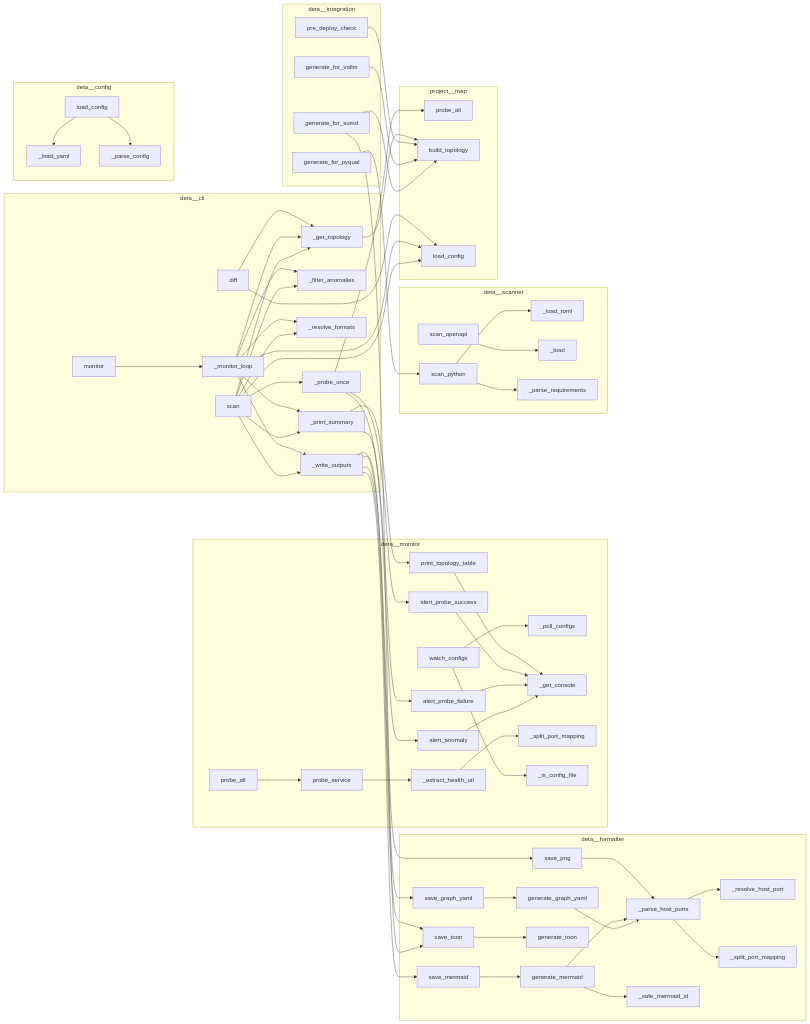
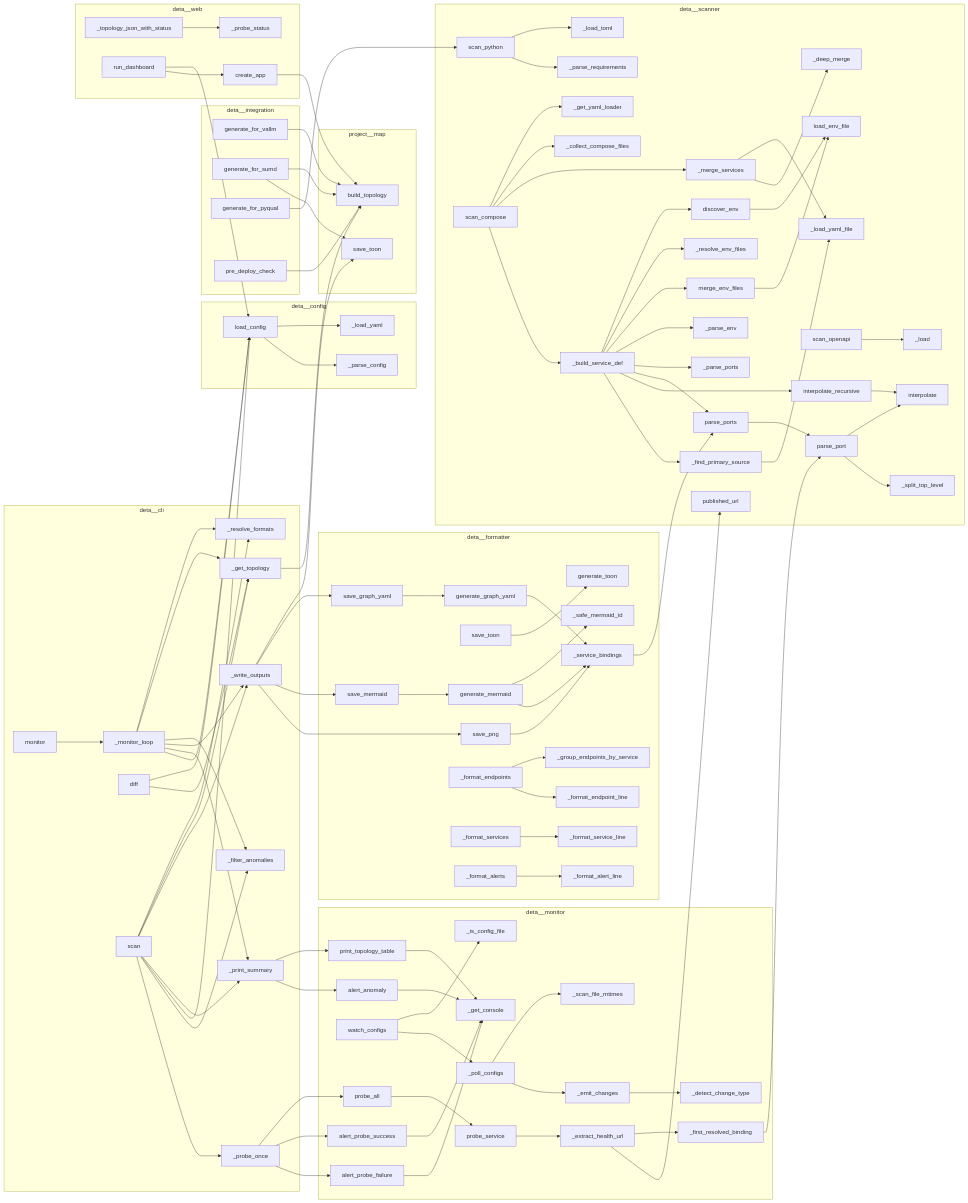
The diagram in project/calls.mmd (semcod/deta), drawn with Mermaid before and after one commit. The commit also changed 32 other files, not shown here.

```diff
--- a/project/calls.mmd
+++ b/project/calls.mmd
@@ -1,96 +1,108 @@
 flowchart LR
     subgraph deta__cli
-        deta__cli__scan["scan"]
+        deta__cli___get_topology["_get_topology"]
+        deta__cli__monitor["monitor"]
+        deta__cli___resolve_formats["_resolve_formats"]
+        deta__cli___filter_anomalies["_filter_anomalies"]
+        deta__cli___print_summary["_print_summary"]
         deta__cli___monitor_loop["_monitor_loop"]
-        deta__cli___get_topology["_get_topology"]
-        deta__cli___filter_anomalies["_filter_anomalies"]
-        deta__cli___write_outputs["_write_outputs"]
-        deta__cli___resolve_formats["_resolve_formats"]
-        deta__cli___print_summary["_print_summary"]
-        deta__cli__monitor["monitor"]
         deta__cli___probe_once["_probe_once"]
         deta__cli__diff["diff"]
+        deta__cli___write_outputs["_write_outputs"]
+        deta__cli__scan["scan"]
     end
     subgraph deta__config
-        deta__config___load_yaml["_load_yaml"]
         deta__config___parse_config["_parse_config"]
         deta__config__load_config["load_config"]
+        deta__config___load_yaml["_load_yaml"]
     end
     subgraph deta__formatter
-        deta__formatter__graph___parse_host_ports["_parse_host_ports"]
-        deta__formatter__graph___resolve_host_port["_resolve_host_port"]
+        deta__formatter__graph__generate_graph_yaml["generate_graph_yaml"]
+        deta__formatter__graph___safe_mermaid_id["_safe_mermaid_id"]
+        deta__formatter__toon__save_toon["save_toon"]
+        deta__formatter__graph__generate_mermaid["generate_mermaid"]
+        deta__formatter__graph__save_png["save_png"]
         deta__formatter__graph__save_mermaid["save_mermaid"]
-        deta__formatter__graph___safe_mermaid_id["_safe_mermaid_id"]
-        deta__formatter__graph__generate_mermaid["generate_mermaid"]
-        deta__formatter__toon__save_toon["save_toon"]
-        deta__formatter__graph__save_png["save_png"]
         deta__formatter__toon__generate_toon["generate_toon"]
-        deta__formatter__graph__generate_graph_yaml["generate_graph_yaml"]
-        deta__formatter__graph___split_port_mapping["_split_port_mapping"]
+        deta__formatter__graph___service_bindings["_service_bindings"]
+        deta__formatter__toon___group_endpoints_by_service["_group_endpoints_by_service"]
+        deta__formatter__toon___format_alert_line["_format_alert_line"]
+        deta__formatter__toon___format_endpoints["_format_endpoints"]
+        deta__formatter__toon___format_services["_format_services"]
+        deta__formatter__toon___format_service_line["_format_service_line"]
+        deta__formatter__toon___format_alerts["_format_alerts"]
         deta__formatter__graph__save_graph_yaml["save_graph_yaml"]
+        deta__formatter__toon___format_endpoint_line["_format_endpoint_line"]
     end
     subgraph deta__integration
+        deta__integration__semcod__generate_for_vallm["generate_for_vallm"]
+        deta__integration__semcod__generate_for_sumd["generate_for_sumd"]
         deta__integration__semcod__generate_for_pyqual["generate_for_pyqual"]
         deta__integration__semcod__pre_deploy_check["pre_deploy_check"]
-        deta__integration__semcod__generate_for_vallm["generate_for_vallm"]
-        deta__integration__semcod__generate_for_sumd["generate_for_sumd"]
     end
     subgraph deta__monitor
+        deta__monitor__alerter___get_console["_get_console"]
+        deta__monitor__alerter__alert_anomaly["alert_anomaly"]
+        deta__monitor__prober__probe_all["probe_all"]
+        deta__monitor__watcher__watch_configs["watch_configs"]
+        deta__monitor__prober___first_resolved_binding["_first_resolved_binding"]
         deta__monitor__prober___extract_health_url["_extract_health_url"]
-        deta__monitor__prober__probe_all["probe_all"]
+        deta__monitor__alerter__alert_probe_failure["alert_probe_failure"]
+        deta__monitor__watcher___emit_changes["_emit_changes"]
+        deta__monitor__watcher___is_config_file["_is_config_file"]
+        deta__monitor__alerter__alert_probe_success["alert_probe_success"]
+        deta__monitor__prober__probe_service["probe_service"]
+        deta__monitor__watcher___scan_file_mtimes["_scan_file_mtimes"]
         deta__monitor__watcher___poll_configs["_poll_configs"]
-        deta__monitor__alerter___get_console["_get_console"]
+        deta__monitor__watcher___detect_change_type["_detect_change_type"]
         deta__monitor__alerter__print_topology_table["print_topology_table"]
-        deta__monitor__prober___split_port_mapping["_split_port_mapping"]
-        deta__monitor__alerter__alert_anomaly["alert_anomaly"]
-        deta__monitor__alerter__alert_probe_failure["alert_probe_failure"]
-        deta__monitor__alerter__alert_probe_success["alert_probe_success"]
-        deta__monitor__watcher__watch_configs["watch_configs"]
-        deta__monitor__watcher___is_config_file["_is_config_file"]
-        deta__monitor__prober__probe_service["probe_service"]
     end
     subgraph deta__scanner
+        deta__scanner__ports__parse_port["parse_port"]
         deta__scanner__python___load_toml["_load_toml"]
+        deta__scanner__env__merge_env_files["merge_env_files"]
+        deta__scanner__ports___split_top_level["_split_top_level"]
         deta__scanner__openapi___load["_load"]
+        deta__scanner__compose___parse_env["_parse_env"]
+        deta__scanner__compose___get_yaml_loader["_get_yaml_loader"]
+        deta__scanner__compose___collect_compose_files["_collect_compose_files"]
+        deta__scanner__compose___build_service_def["_build_service_def"]
+        deta__scanner__ports__parse_ports["parse_ports"]
         deta__scanner__python__scan_python["scan_python"]
+        deta__scanner__compose___deep_merge["_deep_merge"]
+        deta__scanner__env__interpolate["interpolate"]
+        deta__scanner__ports__published_url["published_url"]
+        deta__scanner__env__load_env_file["load_env_file"]
+        deta__scanner__compose___merge_services["_merge_services"]
+        deta__scanner__compose___resolve_env_files["_resolve_env_files"]
+        deta__scanner__openapi__scan_openapi["scan_openapi"]
+        deta__scanner__compose___load_yaml_file["_load_yaml_file"]
+        deta__scanner__compose___find_primary_source["_find_primary_source"]
+        deta__scanner__compose__scan_compose["scan_compose"]
+        deta__scanner__compose___parse_ports["_parse_ports"]
+        deta__scanner__env__interpolate_recursive["interpolate_recursive"]
+        deta__scanner__env__discover_env["discover_env"]
         deta__scanner__python___parse_requirements["_parse_requirements"]
-        deta__scanner__openapi__scan_openapi["scan_openapi"]
+    end
+    subgraph deta__web
+        deta__web__app___probe_status["_probe_status"]
+        deta__web__app__create_app["create_app"]
+        deta__web__app___topology_json_with_status["_topology_json_with_status"]
+        deta__web__app__run_dashboard["run_dashboard"]
     end
     subgraph project__map
-        project__map__toon__probe_all["probe_all"]
+        project__map__toon__save_toon["save_toon"]
         project__map__toon__build_topology["build_topology"]
-        project__map__toon__load_config["load_config"]
     end
-    deta__monitor__alerter__alert_anomaly --> deta__monitor__alerter___get_console
-    deta__monitor__alerter__alert_probe_failure --> deta__monitor__alerter___get_console
-    deta__monitor__alerter__alert_probe_success --> deta__monitor__alerter___get_console
-    deta__monitor__alerter__print_topology_table --> deta__monitor__alerter___get_console
-    deta__scanner__python__scan_python --> deta__scanner__python___load_toml
-    deta__scanner__python__scan_python --> deta__scanner__python___parse_requirements
-    deta__scanner__openapi__scan_openapi --> deta__scanner__openapi___load
-    deta__integration__semcod__generate_for_sumd --> project__map__toon__build_topology
-    deta__integration__semcod__generate_for_sumd --> deta__formatter__toon__save_toon
-    deta__integration__semcod__generate_for_pyqual --> deta__scanner__python__scan_python
-    deta__integration__semcod__generate_for_vallm --> project__map__toon__build_topology
-    deta__integration__semcod__pre_deploy_check --> project__map__toon__build_topology
-    deta__formatter__toon__save_toon --> deta__formatter__toon__generate_toon
-    deta__monitor__watcher__watch_configs --> deta__monitor__watcher___is_config_file
-    deta__monitor__watcher__watch_configs --> deta__monitor__watcher___poll_configs
-    deta__formatter__graph___parse_host_ports --> deta__formatter__graph___split_port_mapping
-    deta__formatter__graph___parse_host_ports --> deta__formatter__graph___resolve_host_port
-    deta__formatter__graph__generate_graph_yaml --> deta__formatter__graph___parse_host_ports
-    deta__formatter__graph__save_graph_yaml --> deta__formatter__graph__generate_graph_yaml
-    deta__formatter__graph__generate_mermaid --> deta__formatter__graph___safe_mermaid_id
-    deta__formatter__graph__generate_mermaid --> deta__formatter__graph___parse_host_ports
-    deta__formatter__graph__save_mermaid --> deta__formatter__graph__generate_mermaid
-    deta__formatter__graph__save_png --> deta__formatter__graph___parse_host_ports
+    deta__config__load_config --> deta__config___load_yaml
+    deta__config__load_config --> deta__config___parse_config
     deta__cli___get_topology --> project__map__toon__build_topology
     deta__cli___print_summary --> deta__monitor__alerter__print_topology_table
     deta__cli___print_summary --> deta__monitor__alerter__alert_anomaly
-    deta__cli___probe_once --> project__map__toon__probe_all
+    deta__cli___probe_once --> deta__monitor__prober__probe_all
     deta__cli___probe_once --> deta__monitor__alerter__alert_probe_success
     deta__cli___probe_once --> deta__monitor__alerter__alert_probe_failure
-    deta__cli___write_outputs --> deta__formatter__toon__save_toon
+    deta__cli___write_outputs --> project__map__toon__save_toon
     deta__cli___write_outputs --> deta__formatter__graph__save_graph_yaml
     deta__cli___write_outputs --> deta__formatter__graph__save_mermaid
     deta__cli___write_outputs --> deta__formatter__graph__save_png
@@ -98,7 +110,7 @@
     deta__cli__scan --> deta__cli___get_topology
     deta__cli__scan --> deta__cli___write_outputs
     deta__cli__scan --> deta__cli___print_summary
-    deta__cli__scan --> project__map__toon__load_config
+    deta__cli__scan --> deta__config__load_config
     deta__cli__scan --> deta__cli___filter_anomalies
     deta__cli__scan --> deta__cli___probe_once
     deta__cli__monitor --> deta__cli___monitor_loop
@@ -107,11 +119,65 @@
     deta__cli___monitor_loop --> deta__cli___filter_anomalies
     deta__cli___monitor_loop --> deta__cli___write_outputs
     deta__cli___monitor_loop --> deta__cli___print_summary
-    deta__cli___monitor_loop --> project__map__toon__load_config
-    deta__cli__diff --> project__map__toon__load_config
+    deta__cli___monitor_loop --> deta__config__load_config
+    deta__cli__diff --> deta__config__load_config
     deta__cli__diff --> deta__cli___get_topology
-    deta__config__load_config --> deta__config___load_yaml
-    deta__config__load_config --> deta__config___parse_config
-    deta__monitor__prober___extract_health_url --> deta__monitor__prober___split_port_mapping
+    deta__web__app___topology_json_with_status --> deta__web__app___probe_status
+    deta__web__app__create_app --> project__map__toon__build_topology
+    deta__web__app__run_dashboard --> deta__config__load_config
+    deta__web__app__run_dashboard --> deta__web__app__create_app
+    deta__monitor__alerter__alert_anomaly --> deta__monitor__alerter___get_console
+    deta__monitor__alerter__alert_probe_failure --> deta__monitor__alerter___get_console
+    deta__monitor__alerter__alert_probe_success --> deta__monitor__alerter___get_console
+    deta__monitor__alerter__print_topology_table --> deta__monitor__alerter___get_console
+    deta__monitor__prober___first_resolved_binding --> deta__scanner__ports__parse_port
+    deta__monitor__prober___extract_health_url --> deta__monitor__prober___first_resolved_binding
+    deta__monitor__prober___extract_health_url --> deta__scanner__ports__published_url
     deta__monitor__prober__probe_service --> deta__monitor__prober___extract_health_url
     deta__monitor__prober__probe_all --> deta__monitor__prober__probe_service
+    deta__scanner__python__scan_python --> deta__scanner__python___load_toml
+    deta__scanner__python__scan_python --> deta__scanner__python___parse_requirements
+    deta__scanner__ports__parse_port --> deta__scanner__env__interpolate
+    deta__scanner__ports__parse_port --> deta__scanner__ports___split_top_level
+    deta__scanner__ports__parse_ports --> deta__scanner__ports__parse_port
+    deta__scanner__openapi__scan_openapi --> deta__scanner__openapi___load
+    deta__scanner__env__discover_env --> deta__scanner__env__load_env_file
+    deta__scanner__env__merge_env_files --> deta__scanner__env__load_env_file
+    deta__scanner__env__interpolate_recursive --> deta__scanner__env__interpolate
+    deta__integration__semcod__generate_for_sumd --> project__map__toon__build_topology
+    deta__integration__semcod__generate_for_sumd --> project__map__toon__save_toon
+    deta__integration__semcod__generate_for_pyqual --> deta__scanner__python__scan_python
+    deta__integration__semcod__generate_for_vallm --> project__map__toon__build_topology
+    deta__integration__semcod__pre_deploy_check --> project__map__toon__build_topology
+    deta__formatter__graph___service_bindings --> deta__scanner__ports__parse_ports
+    deta__formatter__graph__generate_graph_yaml --> deta__formatter__graph___service_bindings
+    deta__formatter__graph__save_graph_yaml --> deta__formatter__graph__generate_graph_yaml
+    deta__formatter__graph__generate_mermaid --> deta__formatter__graph___safe_mermaid_id
+    deta__formatter__graph__generate_mermaid --> deta__formatter__graph___service_bindings
+    deta__formatter__graph__save_mermaid --> deta__formatter__graph__generate_mermaid
+    deta__formatter__graph__save_png --> deta__formatter__graph___service_bindings
+    deta__monitor__watcher__watch_configs --> deta__monitor__watcher___is_config_file
+    deta__monitor__watcher__watch_configs --> deta__monitor__watcher___poll_configs
+    deta__monitor__watcher___emit_changes --> deta__monitor__watcher___detect_change_type
+    deta__monitor__watcher___poll_configs --> deta__monitor__watcher___scan_file_mtimes
+    deta__monitor__watcher___poll_configs --> deta__monitor__watcher___emit_changes
+    deta__formatter__toon___format_alerts --> deta__formatter__toon___format_alert_line
+    deta__formatter__toon___format_services --> deta__formatter__toon___format_service_line
+    deta__formatter__toon___format_endpoints --> deta__formatter__toon___group_endpoints_by_service
+    deta__formatter__toon___format_endpoints --> deta__formatter__toon___format_endpoint_line
+    deta__formatter__toon__save_toon --> deta__formatter__toon__generate_toon
+    deta__scanner__compose___merge_services --> deta__scanner__compose___load_yaml_file
+    deta__scanner__compose___merge_services --> deta__scanner__compose___deep_merge
+    deta__scanner__compose___find_primary_source --> deta__scanner__compose___load_yaml_file
+    deta__scanner__compose___build_service_def --> deta__scanner__env__discover_env
+    deta__scanner__compose___build_service_def --> deta__scanner__compose___resolve_env_files
+    deta__scanner__compose___build_service_def --> deta__scanner__env__merge_env_files
+    deta__scanner__compose___build_service_def --> deta__scanner__compose___parse_env
+    deta__scanner__compose___build_service_def --> deta__scanner__compose___parse_ports
+    deta__scanner__compose___build_service_def --> deta__scanner__ports__parse_ports
+    deta__scanner__compose___build_service_def --> deta__scanner__env__interpolate_recursive
+    deta__scanner__compose___build_service_def --> deta__scanner__compose___find_primary_source
+    deta__scanner__compose__scan_compose --> deta__scanner__compose___get_yaml_loader
+    deta__scanner__compose__scan_compose --> deta__scanner__compose___collect_compose_files
+    deta__scanner__compose__scan_compose --> deta__scanner__compose___merge_services
+    deta__scanner__compose__scan_compose --> deta__scanner__compose___build_service_def
```
